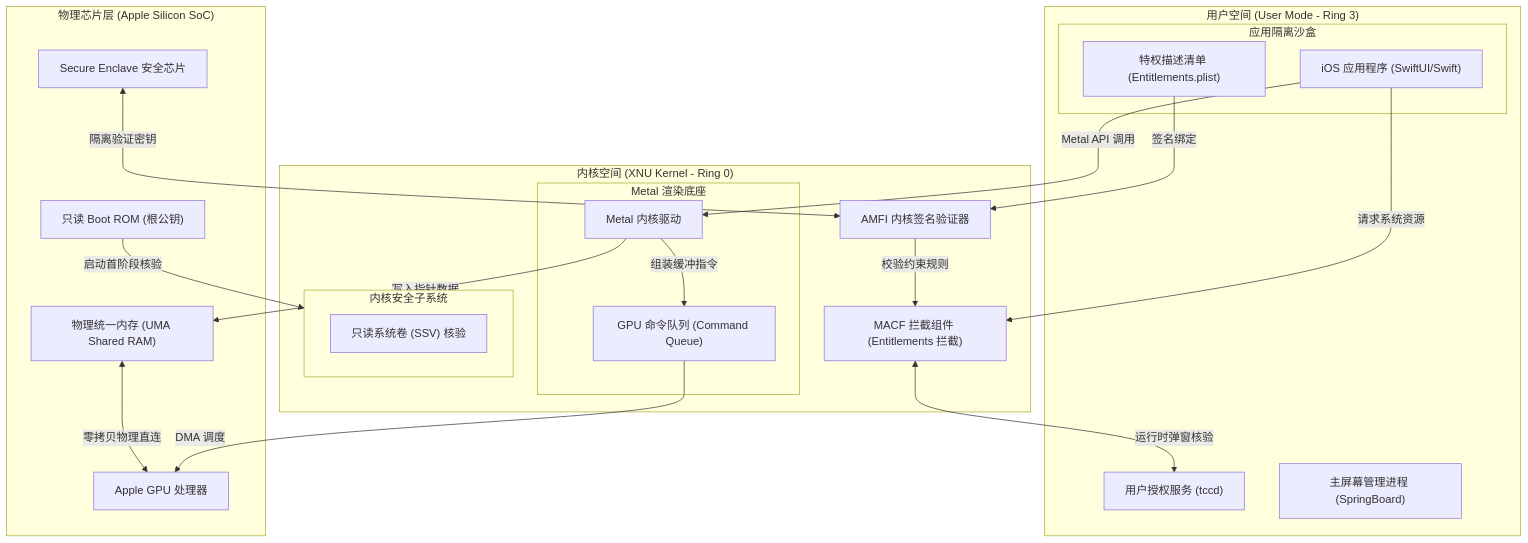
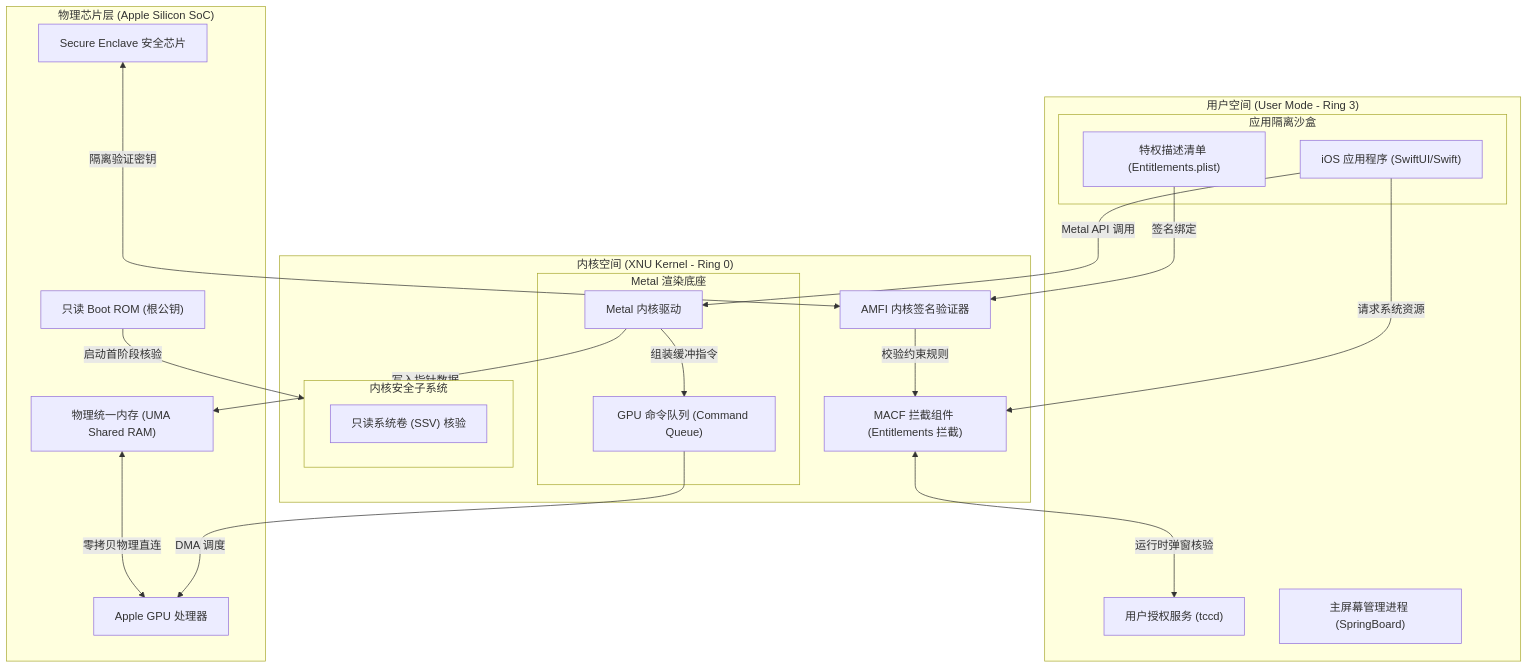
One commit to koosai/AI-Architect-Learning changed the fourth of 8 diagrams in docs/atlas/ios.mdx. Above: the diagram before and after it, drawn with Mermaid. The commit also changed 68 other files, not shown here.

Commit message:
fix(atlas): fix browser client-side Mermaid rendering for mindmaps and flowcharts across 67 case studies

````diff
--- a/docs/atlas/ios.mdx
+++ b/docs/atlas/ios.mdx
@@ -109,48 +109,48 @@
 ```mermaid
 graph TB
   subgraph UserSpace["用户空间 (User Mode - Ring 3)"]
     subgraph AppContainer["应用隔离沙盒"]
       SwiftUIApp["iOS 应用程序 (SwiftUI/Swift)"]
       AppPlist["特权描述清单 (Entitlements.plist)"]
     end
     
     TCCD["用户授权服务 (tccd)"]
     SpringBoard["主屏幕管理进程 (SpringBoard)"]
   end
 
   subgraph KernelSpace["内核空间 (XNU Kernel - Ring 0)"]
     AMFI["AMFI 内核签名验证器"]
     MACF["MACF 拦截组件 (Entitlements 拦截)"]
     
     subgraph MetalStack["Metal 渲染底座"]
       MetalDriver["Metal 内核驱动"]
       CommandQueue["GPU 命令队列 (Command Queue)"]
     end
     
     subgraph SecureSubsystem["内核安全子系统"]
       KextSign["只读系统卷 (SSV) 核验"]
     end
   end
 
   subgraph Hardware["物理芯片层 (Apple Silicon SoC)"]
     BootROM["只读 Boot ROM (根公钥)"]
     SharedMemory["物理统一内存 (UMA Shared RAM)"]
     A_GPU["Apple GPU 处理器"]
     EnclaveProcessor["Secure Enclave 安全芯片"]
   end
 
   SwiftUIApp -->|请求系统资源| MACF
   AppPlist -->|签名绑定| AMFI
   AMFI -->|校验约束规则| MACF
   
   SwiftUIApp -->|Metal API 调用| MetalDriver
   MetalDriver -->|写入指针数据| SharedMemory
   MetalDriver -->|组装缓冲指令| CommandQueue
   
   CommandQueue -->|DMA 调度| A_GPU
-  SharedMemory <-->|零拷贝物理直连| A_GPU
+  SharedMemory <--->|零拷贝物理直连| A_GPU
   
-  MACF <-->|运行时弹窗核验| TCCD
-  EnclaveProcessor <-->|隔离验证密钥| AMFI
+  MACF <--->|运行时弹窗核验| TCCD
+  EnclaveProcessor <--->|隔离验证密钥| AMFI
   BootROM -->|启动首阶段核验| SecureSubsystem
 ```
````
